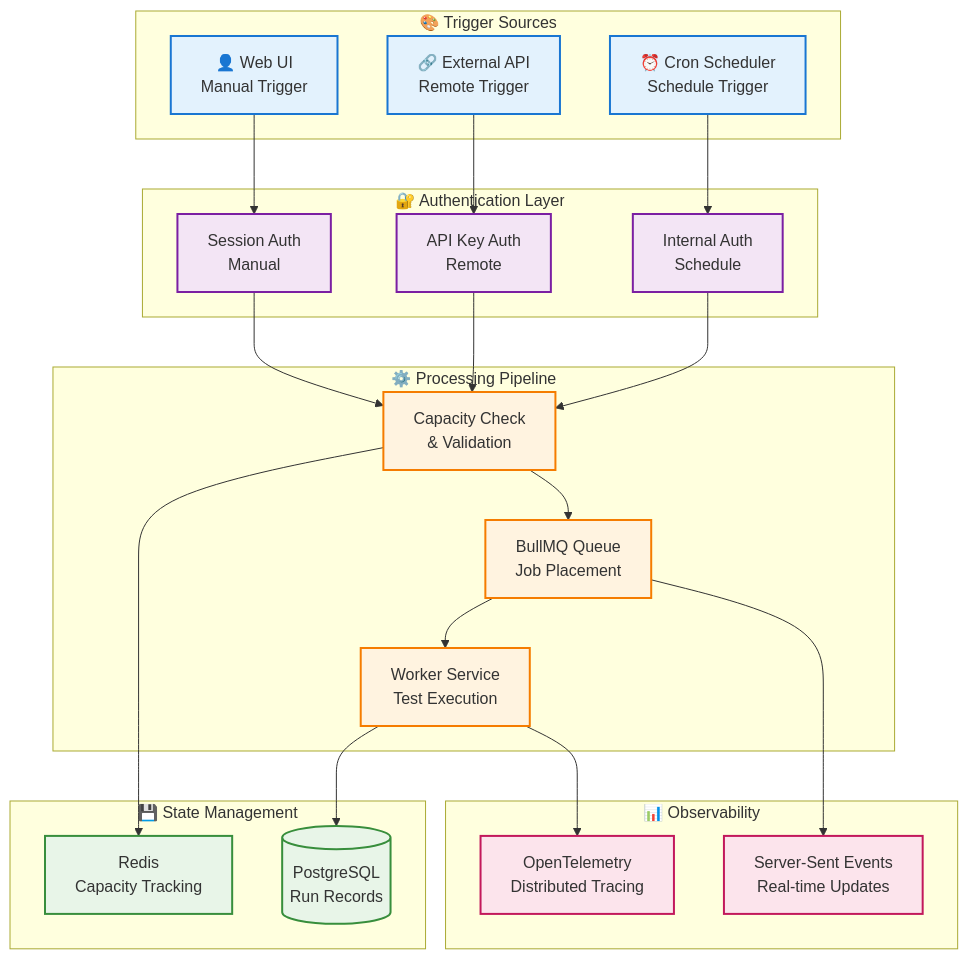
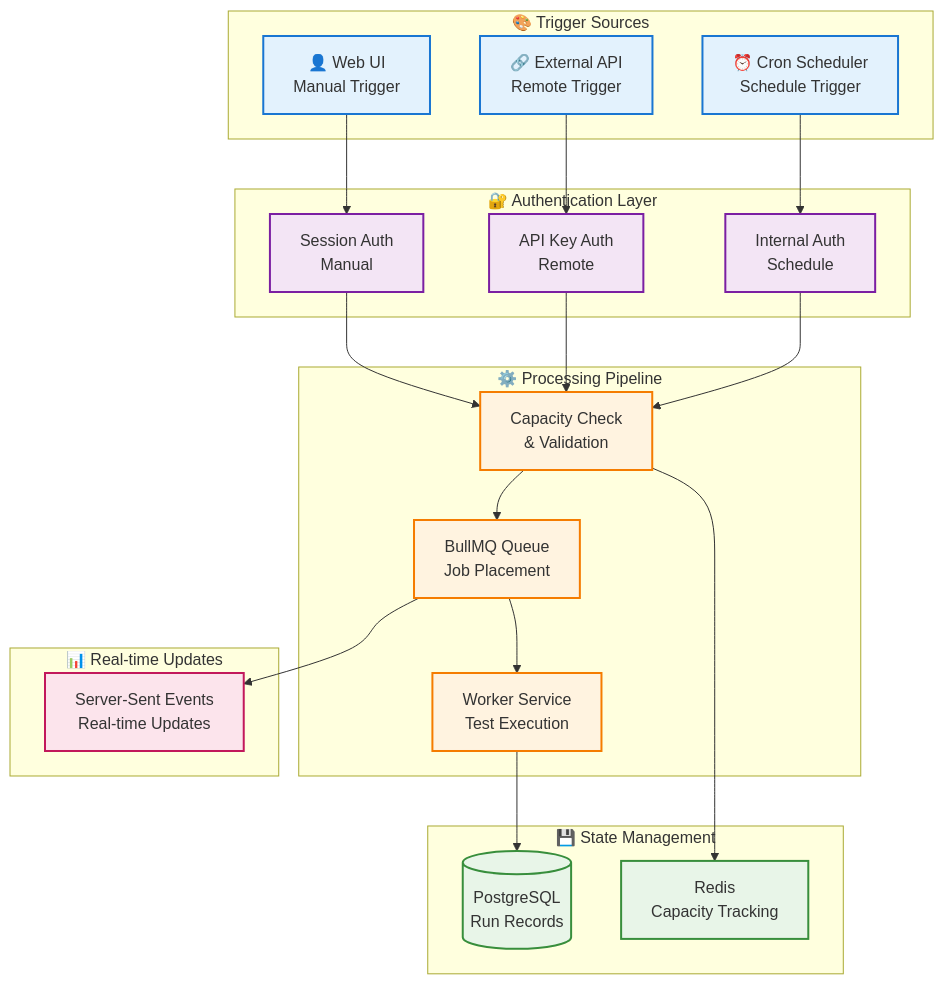
The first of 11 diagrams in specs/JOB_TRIGGER_SYSTEM.md (supercheck-io/supercheck), drawn with Mermaid before and after one commit. The commit also changed other lines of this file and 86 other files, not shown here.

Commit message:
Remove OTEL and observability code

````diff
--- a/specs/JOB_TRIGGER_SYSTEM.md
+++ b/specs/JOB_TRIGGER_SYSTEM.md
@@ -21,55 +20,53 @@
 ```mermaid
 graph TB
     subgraph "🎨 Trigger Sources"
         M1[👤 Web UI<br/>Manual Trigger]
         R1[🔗 External API<br/>Remote Trigger]
         S1[⏰ Cron Scheduler<br/>Schedule Trigger]
     end
 
     subgraph "🔐 Authentication Layer"
         AUTH1[Session Auth<br/>Manual]
         AUTH2[API Key Auth<br/>Remote]
         AUTH3[Internal Auth<br/>Schedule]
     end
 
     subgraph "⚙️ Processing Pipeline"
         VALIDATE[Capacity Check<br/>& Validation]
         QUEUE[BullMQ Queue<br/>Job Placement]
         WORKER[Worker Service<br/>Test Execution]
     end
 
     subgraph "💾 State Management"
         DB[(PostgreSQL<br/>Run Records)]
         CACHE[Redis<br/>Capacity Tracking]
     end
 
-    subgraph "📊 Observability"
-        OTEL[OpenTelemetry<br/>Distributed Tracing]
+    subgraph "📊 Real-time Updates"
         SSE[Server-Sent Events<br/>Real-time Updates]
     end
 
     M1 --> AUTH1
     R1 --> AUTH2
     S1 --> AUTH3
 
     AUTH1 & AUTH2 & AUTH3 --> VALIDATE
     VALIDATE --> CACHE
     VALIDATE --> QUEUE
     QUEUE --> WORKER
 
     WORKER --> DB
-    WORKER --> OTEL
     QUEUE --> SSE
 
     classDef source fill:#e3f2fd,stroke:#1976d2,stroke-width:2px
     classDef auth fill:#f3e5f5,stroke:#7b1fa2,stroke-width:2px
     classDef process fill:#fff3e0,stroke:#f57c00,stroke-width:2px
     classDef data fill:#e8f5e8,stroke:#388e3c,stroke-width:2px
     classDef obs fill:#fce4ec,stroke:#c2185b,stroke-width:2px
 
     class M1,R1,S1 source
     class AUTH1,AUTH2,AUTH3 auth
     class VALIDATE,QUEUE,WORKER process
     class DB,CACHE data
-    class OTEL,SSE obs
+    class SSE obs
 ```
````
